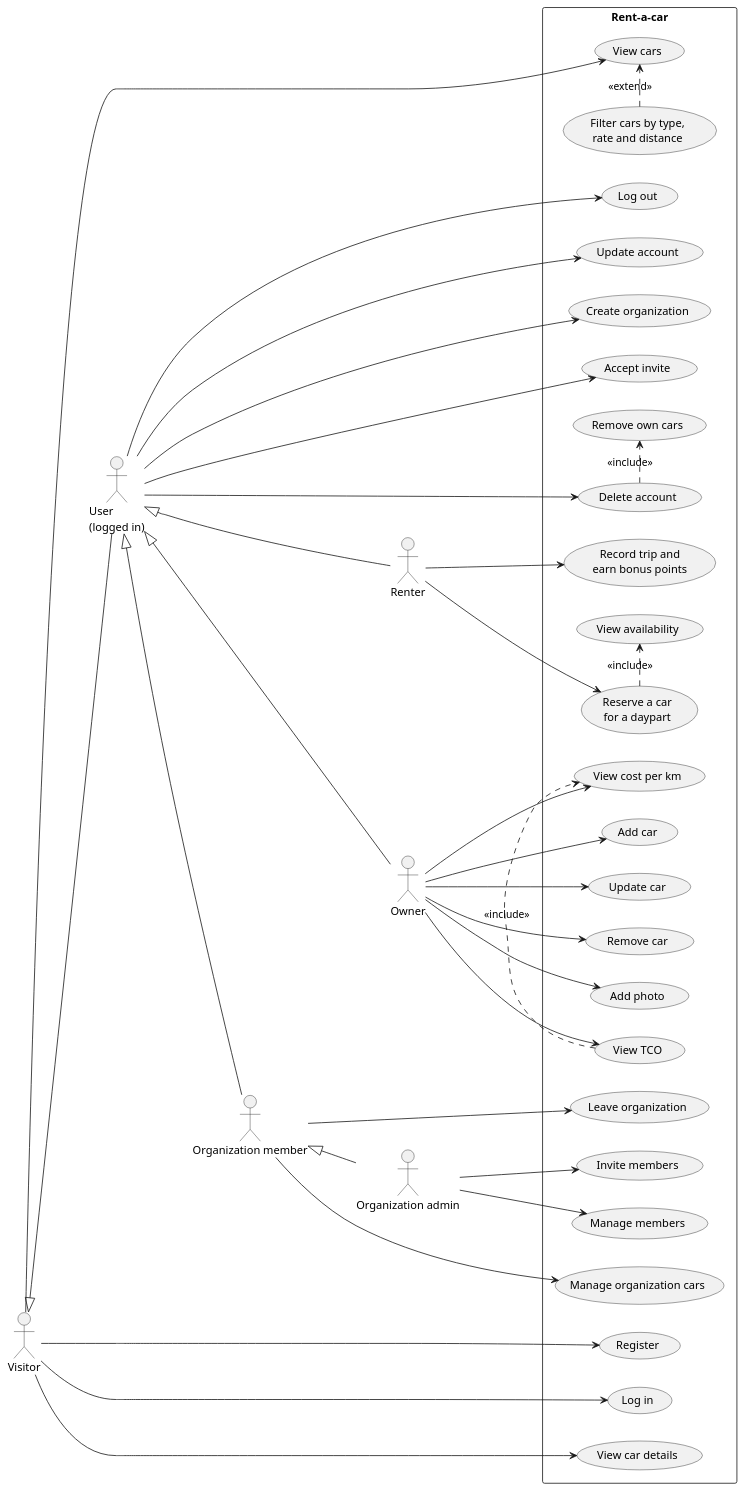
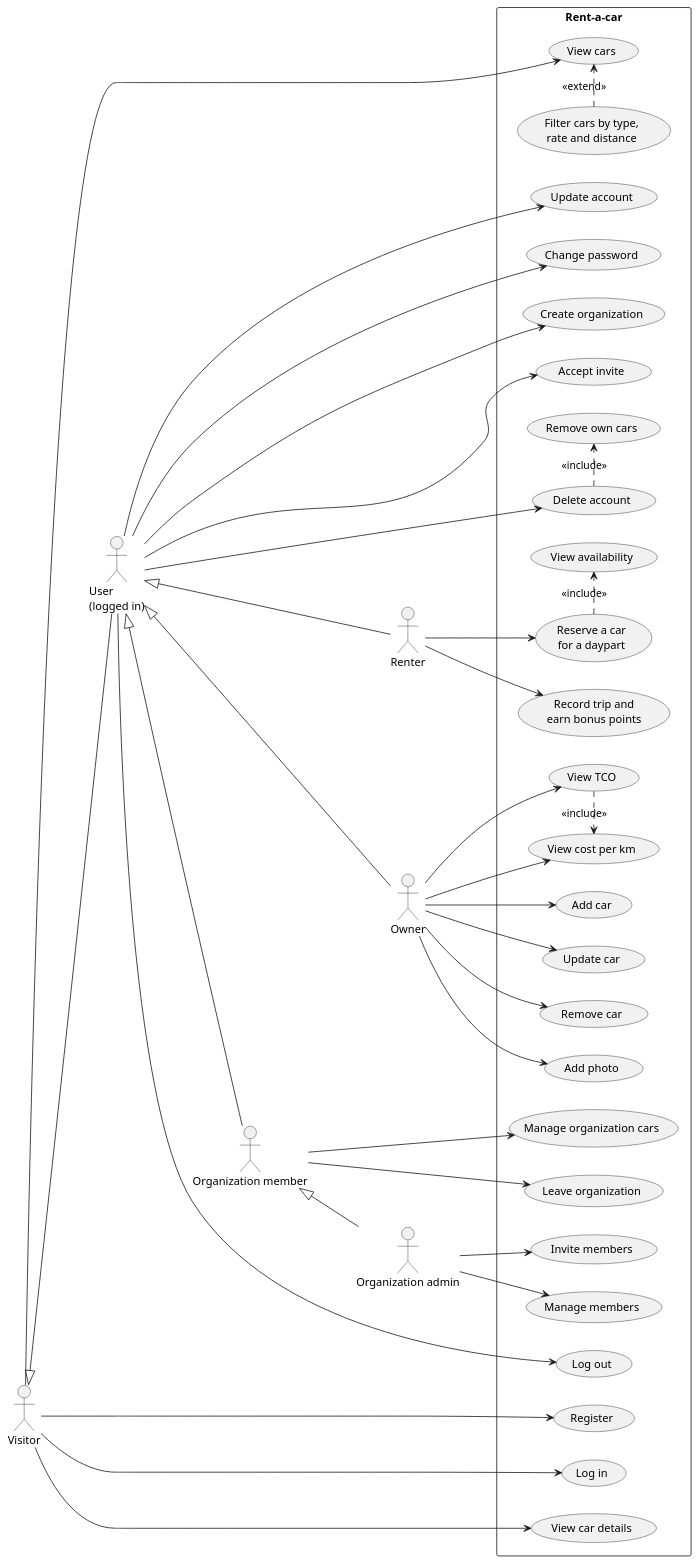
One commit to Rent-a-car-38291/rent-a-car changed the diagram in docs/diagrams/use-cases.puml. Above: the diagram before and after it, drawn with PlantUML. The commit also changed 12 other files, not shown here.

```diff
--- a/docs/diagrams/use-cases.puml
+++ b/docs/diagrams/use-cases.puml
@@ -1,79 +1,81 @@
 @startuml
 ' Use cases from the GitHub issues. Organization use cases are extras.
 left to right direction
 
 actor Visitor
 actor "User\n(logged in)" as User
 actor Renter
 actor Owner
 actor "Organization member" as Member
 actor "Organization admin" as Admin
 
 Visitor <|-- User
 User <|-- Renter
 User <|-- Owner
 User <|-- Member
 Member <|-- Admin
 
 rectangle "Rent-a-car" {
   usecase "Register" as UC_Register
   usecase "Log in" as UC_Login
   usecase "View cars" as UC_ViewCars
   usecase "Filter cars by type,\nrate and distance" as UC_Filter
   usecase "View car details" as UC_Details
 
   usecase "Log out" as UC_Logout
   usecase "Update account" as UC_UpdateAccount
+  usecase "Change password" as UC_ChangePassword
   usecase "Delete account" as UC_DeleteAccount
   usecase "Remove own cars" as UC_RemoveOwnCars
   usecase "Create organization" as UC_CreateOrg
 
   usecase "Reserve a car\nfor a daypart" as UC_Reserve
   usecase "View availability" as UC_Availability
   usecase "Record trip and\nearn bonus points" as UC_Trip
 
   usecase "Add car" as UC_AddCar
   usecase "Update car" as UC_UpdateCar
   usecase "Remove car" as UC_RemoveCar
   usecase "Add photo" as UC_Photo
   usecase "View cost per km" as UC_CostPerKm
   usecase "View TCO" as UC_Tco
 
   usecase "Accept invite" as UC_Accept
   usecase "Manage organization cars" as UC_OrgCars
   usecase "Leave organization" as UC_Leave
   usecase "Invite members" as UC_Invite
   usecase "Manage members" as UC_Members
 }
 
 Visitor --> UC_Register
 Visitor --> UC_Login
 Visitor --> UC_ViewCars
 Visitor --> UC_Details
 UC_Filter .> UC_ViewCars : <<extend>>
 
 User --> UC_Logout
 User --> UC_UpdateAccount
+User --> UC_ChangePassword
 User --> UC_DeleteAccount
 User --> UC_CreateOrg
 User --> UC_Accept
 UC_DeleteAccount .> UC_RemoveOwnCars : <<include>>
 
 Renter --> UC_Reserve
 Renter --> UC_Trip
 UC_Reserve .> UC_Availability : <<include>>
 
 Owner --> UC_AddCar
 Owner --> UC_UpdateCar
 Owner --> UC_RemoveCar
 Owner --> UC_Photo
 Owner --> UC_CostPerKm
 Owner --> UC_Tco
 UC_Tco .> UC_CostPerKm : <<include>>
 
 Member --> UC_OrgCars
 Member --> UC_Leave
 Admin --> UC_Invite
 Admin --> UC_Members
 
 @enduml
```
